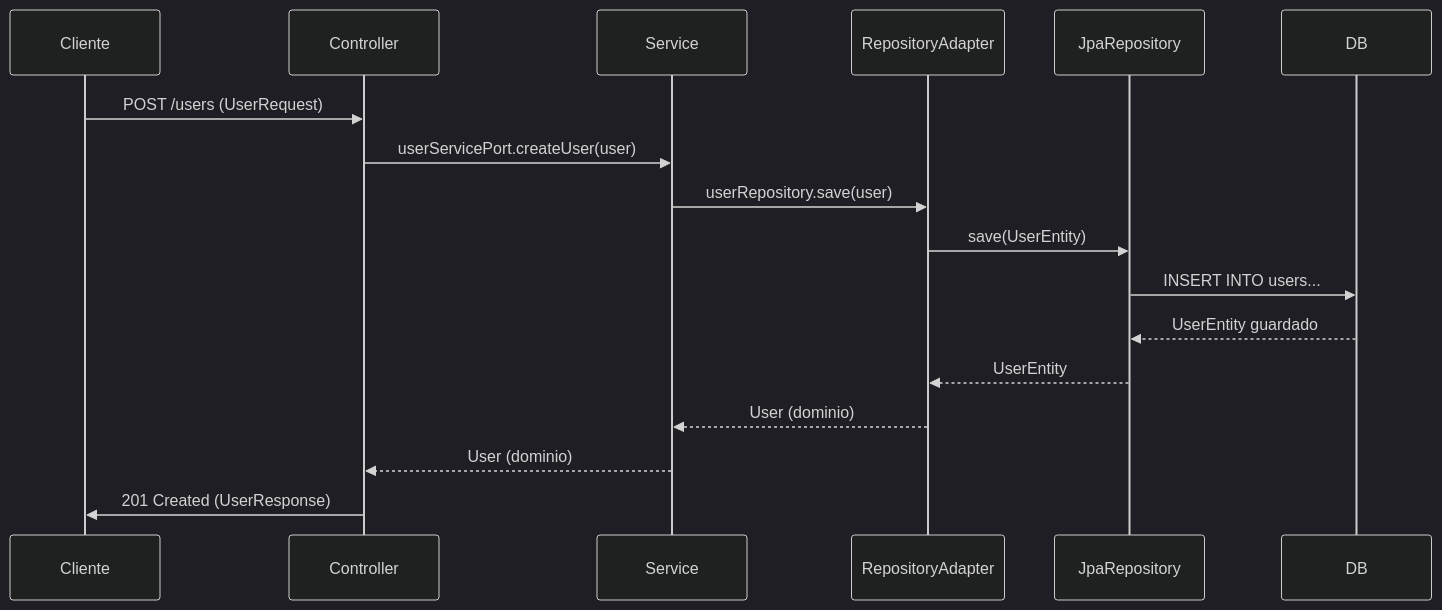
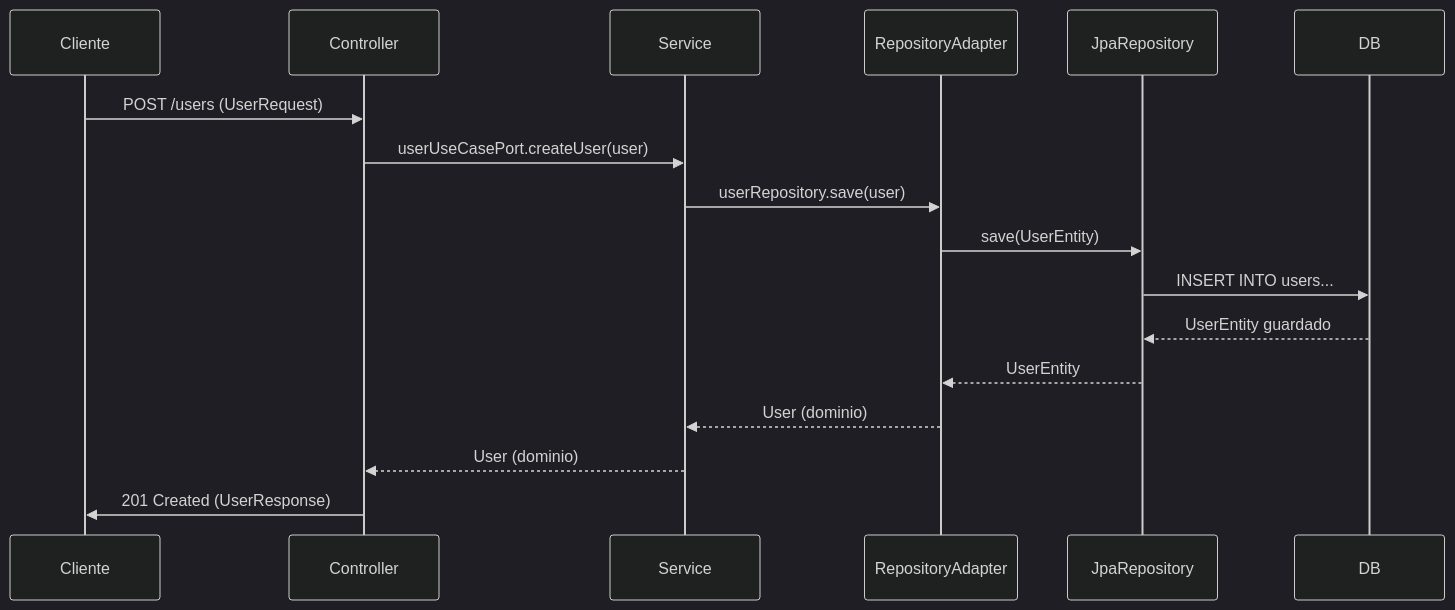
Before and after one commit to DRTX2/ecomerce: the diagram in Docs/flow-hexagonal.md, drawn with Mermaid (dark theme). The commit also changed other lines of this file and 1 other file, not shown here.

````diff
--- a/Docs/flow-hexagonal.md
+++ b/Docs/flow-hexagonal.md
@@ -110,20 +110,20 @@
 ```mermaid
 sequenceDiagram
    participant Cliente
    participant Controller
    participant Service
    participant RepositoryAdapter
    participant JpaRepository
    participant DB
 
    Cliente->>Controller: POST /users (UserRequest)
-   Controller->>Service: userServicePort.createUser(user)
+   Controller->>Service: userUseCasePort.createUser(user)
    Service->>RepositoryAdapter: userRepository.save(user)
    RepositoryAdapter->>JpaRepository: save(UserEntity)
    JpaRepository->>DB: INSERT INTO users...
    DB-->>JpaRepository: UserEntity guardado
    JpaRepository-->>RepositoryAdapter: UserEntity
    RepositoryAdapter-->>Service: User (dominio)
    Service-->>Controller: User (dominio)
    Controller->>Cliente: 201 Created (UserResponse)
 ```
````
